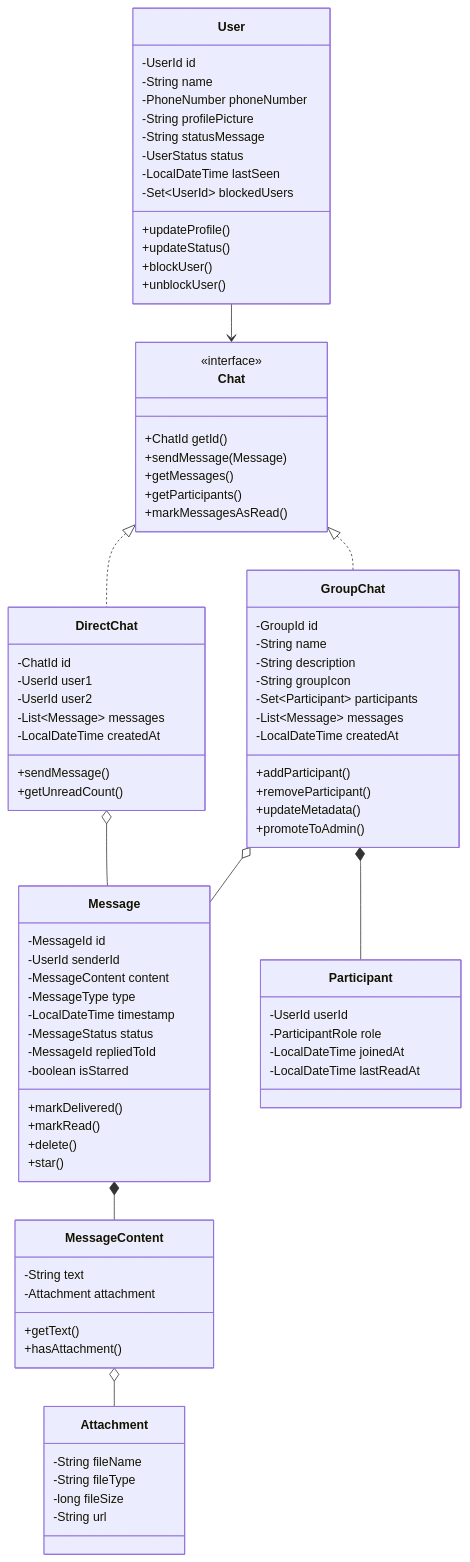
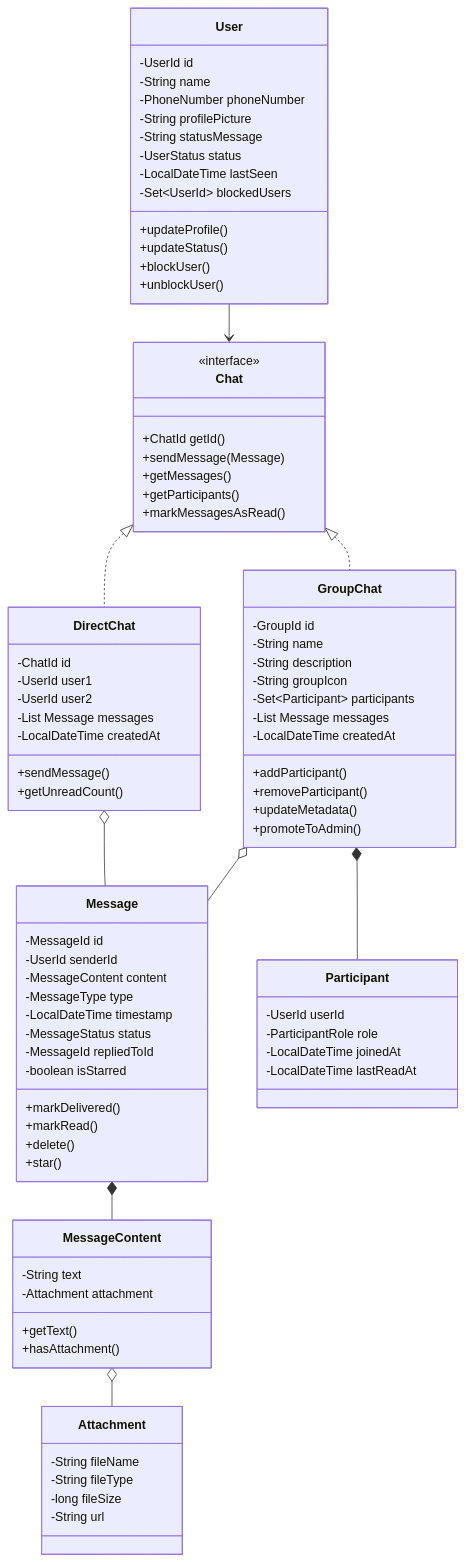
One commit to dlkr18/lld-playbook changed the first of 6 diagrams in docs/problems/whatsapp/README.md. Above: the diagram before and after it, drawn with Mermaid. The commit also changed 26 other files, not shown here.

First line of the commit message:
Fix Mermaid v10 syntax errors in class diagrams.

```diff
--- a/docs/problems/whatsapp/README.md
+++ b/docs/problems/whatsapp/README.md
@@ -217,7 +217,7 @@
         -ChatId id
         -UserId user1
         -UserId user2
-        -List~Message~ messages
+        -List Message messages
         -LocalDateTime createdAt
         +sendMessage()
         +getUnreadCount()
@@ -229,7 +229,7 @@
         -String description
         -String groupIcon
         -Set~Participant~ participants
-        -List~Message~ messages
+        -List Message messages
         -LocalDateTime createdAt
         +addParticipant()
         +removeParticipant()
```
